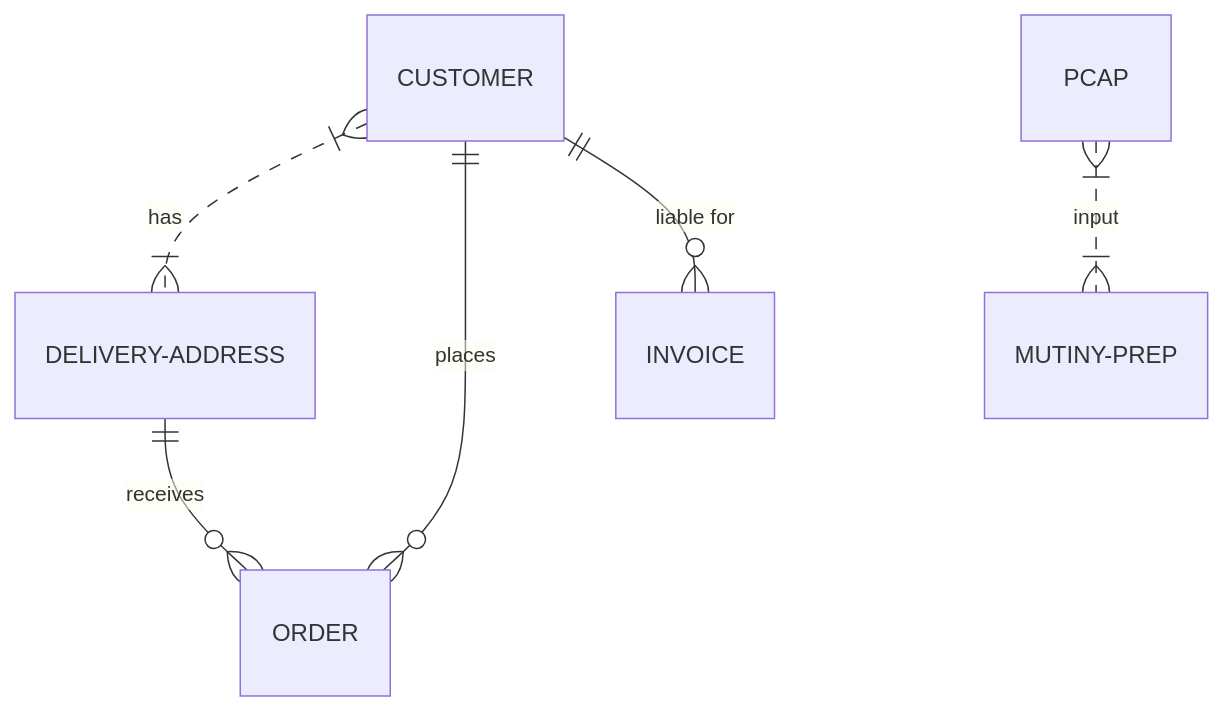
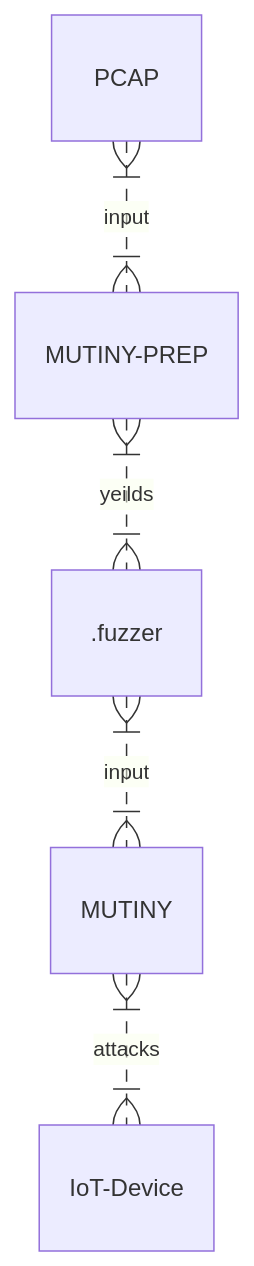
The diagram in README.md (sdgriggs/HelloWorld), drawn with Mermaid before and after one commit. The commit also changed other lines of this file, not shown here.

````diff
--- a/README.md
+++ b/README.md
@@ -2,9 +2,8 @@
 ```mermaid
 erDiagram 
-          CUSTOMER }|..|{ DELIVERY-ADDRESS : has
-          CUSTOMER ||--o{ ORDER : places
-          CUSTOMER ||--o{ INVOICE : "liable for"
-          DELIVERY-ADDRESS ||--o{ ORDER : receives
           PCAP }|..|{ MUTINY-PREP : input
+           MUTINY-PREP }|..|{ .fuzzer : yeilds
+          .fuzzer }|..|{ MUTINY : input
+          MUTINY }|..|{ IoT-Device : attacks
          
 ```
````
